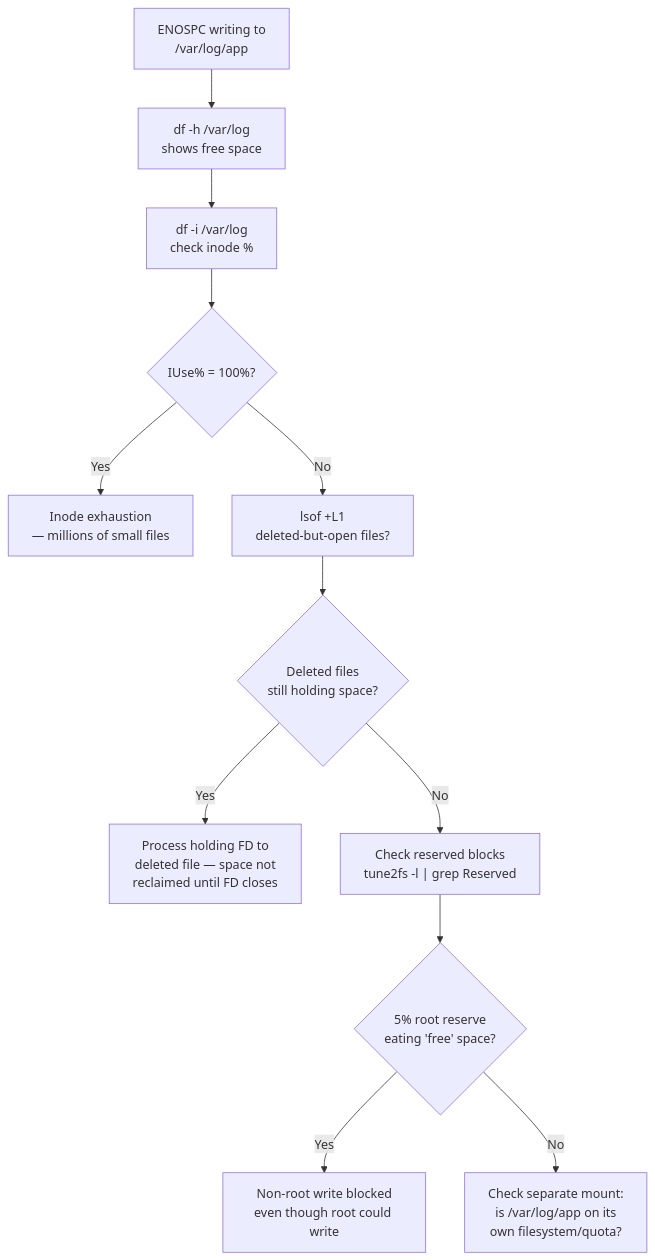
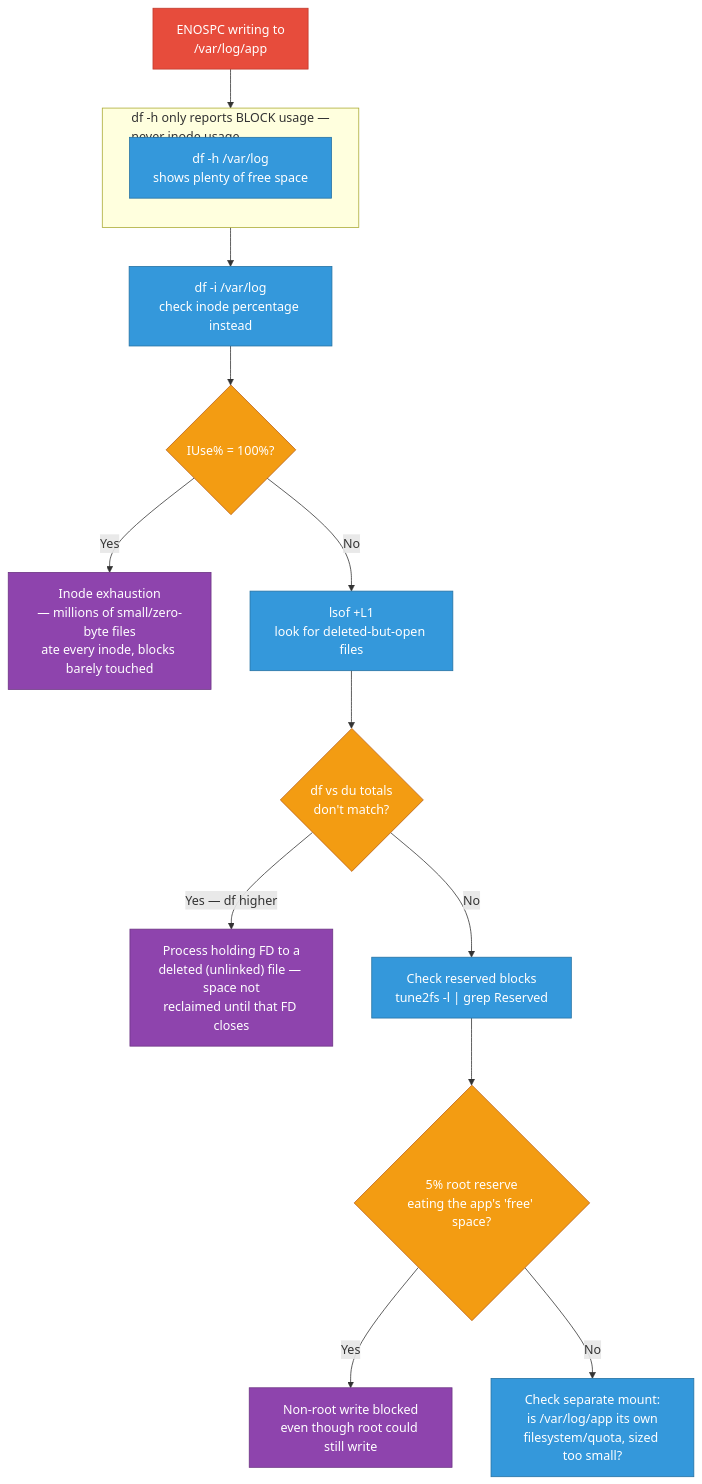
The fourth of 8 diagrams in sre/scenarios-scheduling-scaling.md (deepanshu-rawat6/DevOpsIndex), drawn with Mermaid before and after one commit. The commit also changed other lines of this file and 10 other files, not shown here.

````diff
--- a/sre/scenarios-scheduling-scaling.md
+++ b/sre/scenarios-scheduling-scaling.md
@@ -243,14 +348,26 @@
 ```mermaid
 flowchart TD
-    A["ENOSPC writing to<br/>/var/log/app"] --> B["df -h /var/log<br/>shows free space"]
-    B --> C["df -i /var/log<br/>check inode %"]
-    C --> D{"IUse% = 100%?"}
-    D -- Yes --> E["Inode exhaustion<br/>— millions of small files"]
-    D -- No --> F["lsof +L1<br/>deleted-but-open files?"]
-    F --> G{"Deleted files<br/>still holding space?"}
-    G -- Yes --> H["Process holding FD to<br/>deleted file — space not<br/>reclaimed until FD closes"]
-    G -- No --> I["Check reserved blocks<br/>tune2fs -l | grep Reserved"]
-    I --> J{"5% root reserve<br/>eating 'free' space?"}
-    J -- Yes --> K["Non-root write blocked<br/>even though root could write"]
-    J -- No --> L["Check separate mount:<br/>is /var/log/app on its<br/>own filesystem/quota?"]
+    classDef symptom fill:#e74c3c,stroke:#c0392b,color:#fff
+    classDef check fill:#3498db,stroke:#2471a3,color:#fff
+    classDef decision fill:#f39c12,stroke:#ba6018,color:#fff
+    classDef cause fill:#8e44ad,stroke:#6c3483,color:#fff
+    classDef fixed fill:#27ae60,stroke:#1e8449,color:#fff
+
+    A["ENOSPC writing to<br/>/var/log/app"]:::symptom --> B["df -h /var/log<br/>shows plenty of free space"]:::check
+
+    subgraph LIE["df -h only reports BLOCK usage —<br/>never inode usage"]
+        direction TB
+        B
+    end
+
+    B --> C["df -i /var/log<br/>check inode percentage instead"]:::check
+    C --> D{"IUse% = 100%?"}:::decision
+    D -- Yes --> E["Inode exhaustion<br/>— millions of small/zero-byte files<br/>ate every inode, blocks barely touched"]:::cause
+    D -- No --> F["lsof +L1<br/>look for deleted-but-open files"]:::check
+    F --> G{"df vs du totals<br/>don't match?"}:::decision
+    G -- "Yes — df higher" --> H["Process holding FD to a<br/>deleted (unlinked) file — space not<br/>reclaimed until that FD closes"]:::cause
+    G -- No --> I["Check reserved blocks<br/>tune2fs -l | grep Reserved"]:::check
+    I --> J{"5% root reserve<br/>eating the app's 'free' space?"}:::decision
+    J -- Yes --> K["Non-root write blocked<br/>even though root could still write"]:::cause
+    J -- No --> L["Check separate mount:<br/>is /var/log/app its own<br/>filesystem/quota, sized too small?"]:::check
 ```
````
